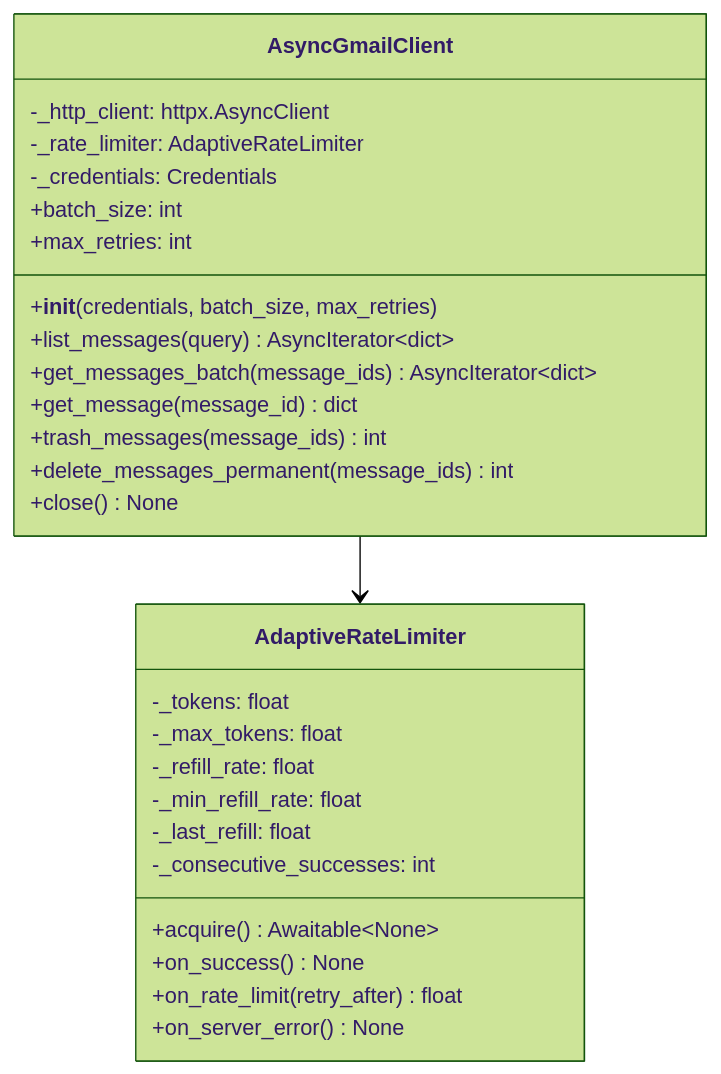
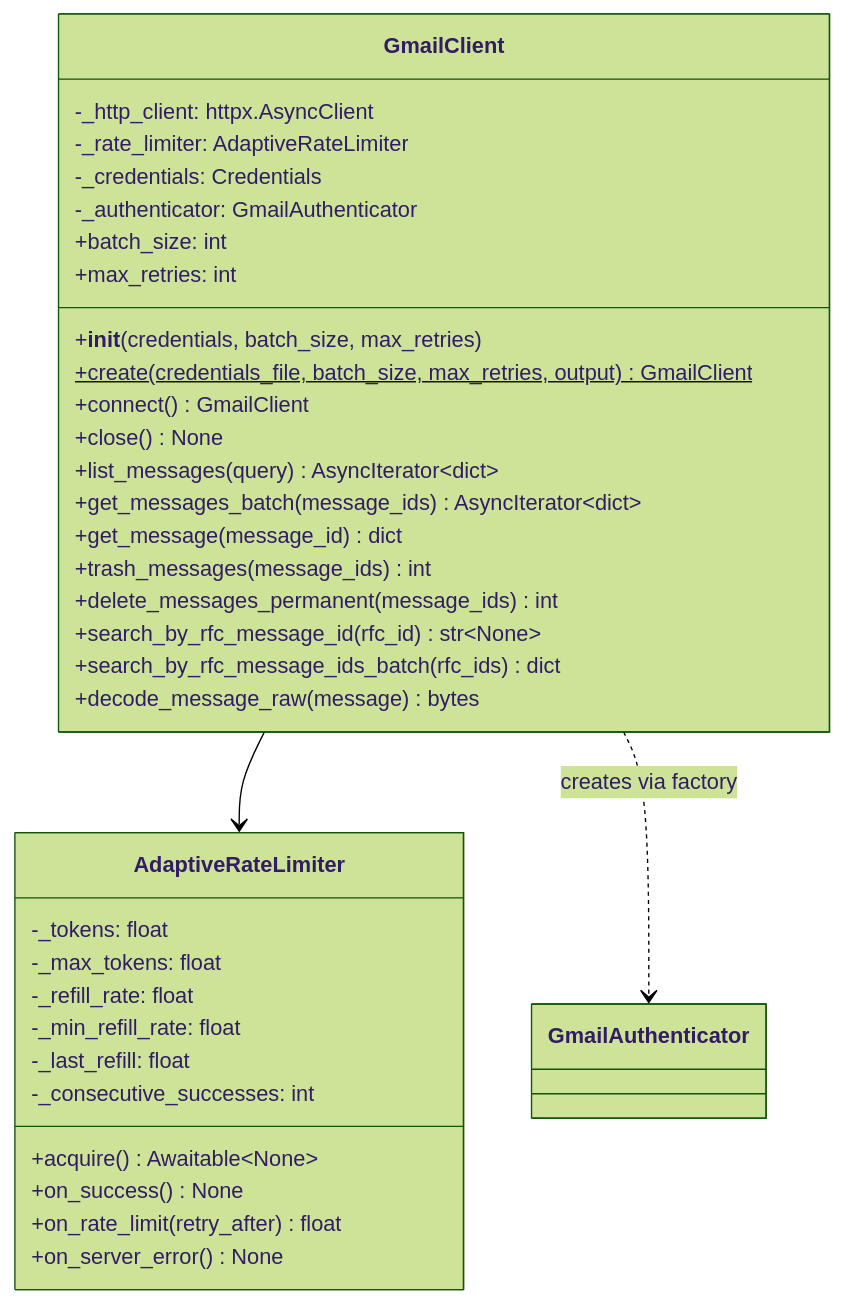
The second of 9 diagrams in src/gmailarchiver/connectors/ARCHITECTURE.md (tumma72/GMailArchiver), drawn with Mermaid (forest theme) before and after one commit. The commit also changed other lines of this file and 7 other files, not shown here.

First line of the commit message:
refactor(connectors): Add GmailClient.create() factory method

````diff
--- a/src/gmailarchiver/connectors/ARCHITECTURE.md
+++ b/src/gmailarchiver/connectors/ARCHITECTURE.md
@@ -68,32 +79,39 @@
 ```mermaid
 classDiagram
-    class AsyncGmailClient {
+    class GmailClient {
         -_http_client: httpx.AsyncClient
         -_rate_limiter: AdaptiveRateLimiter
         -_credentials: Credentials
+        -_authenticator: GmailAuthenticator
         +batch_size: int
         +max_retries: int
         +__init__(credentials, batch_size, max_retries)
+        +create(credentials_file, batch_size, max_retries, output)$ GmailClient
+        +connect() GmailClient
+        +close() None
         +list_messages(query) AsyncIterator~dict~
         +get_messages_batch(message_ids) AsyncIterator~dict~
         +get_message(message_id) dict
         +trash_messages(message_ids) int
         +delete_messages_permanent(message_ids) int
-        +close() None
+        +search_by_rfc_message_id(rfc_id) str~None~
+        +search_by_rfc_message_ids_batch(rfc_ids) dict
+        +decode_message_raw(message) bytes
     }
 
     class AdaptiveRateLimiter {
         -_tokens: float
         -_max_tokens: float
         -_refill_rate: float
         -_min_refill_rate: float
         -_last_refill: float
         -_consecutive_successes: int
         +acquire() Awaitable~None~
         +on_success() None
         +on_rate_limit(retry_after) float
         +on_server_error() None
     }
 
-    AsyncGmailClient --> AdaptiveRateLimiter
+    GmailClient --> AdaptiveRateLimiter
+    GmailClient ..> GmailAuthenticator : creates via factory
 ```
````
